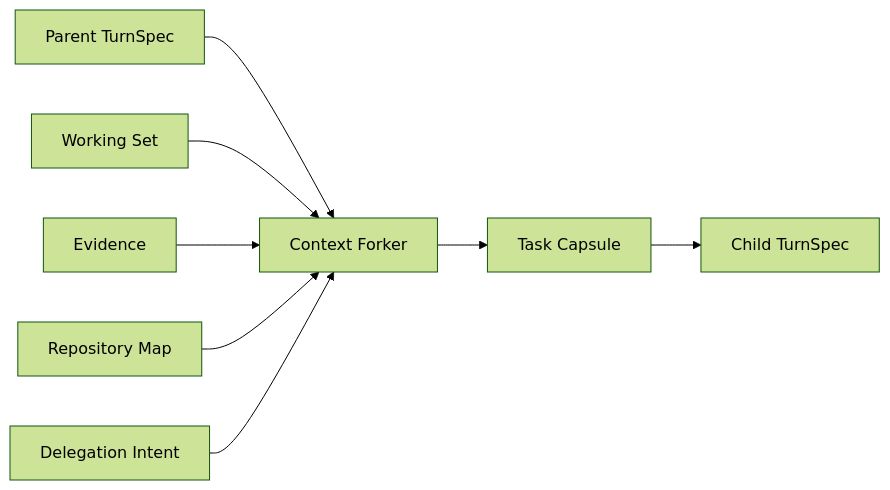
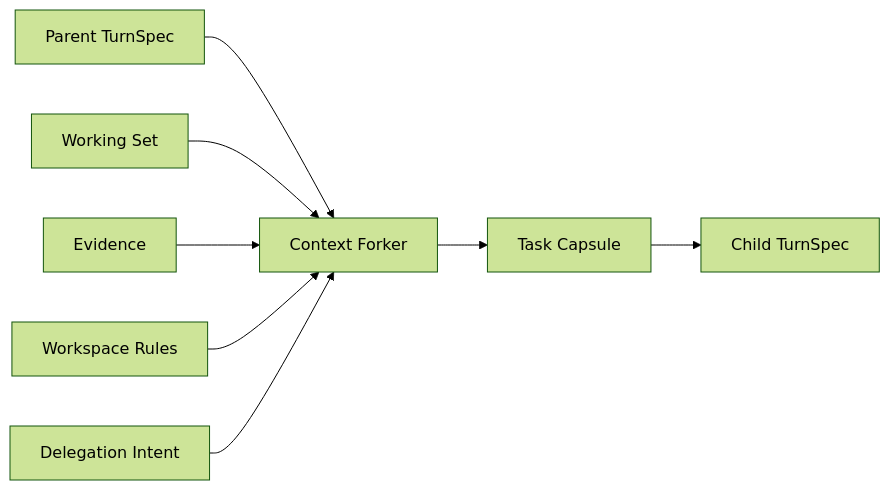
The fifth of 12 diagrams in docs/en/multi-agent-architecture-upgrade.md (fwtllh-png/CodeHelper), drawn with Mermaid (forest theme) before and after one commit. The commit also changed other lines of this file and 33 other files, not shown here.

````diff
--- a/docs/en/multi-agent-architecture-upgrade.md
+++ b/docs/en/multi-agent-architecture-upgrade.md
@@ -377,10 +377,10 @@
 ```mermaid
 flowchart LR
     TS[Parent TurnSpec] --> C[Context Forker]
     WS[Working Set] --> C
     EV[Evidence] --> C
-    RP[Repository Map] --> C
+    WR[Workspace Rules] --> C
     DI[Delegation Intent] --> C
     C --> TC[Task Capsule]
     TC --> CTS[Child TurnSpec]
 ```
````
